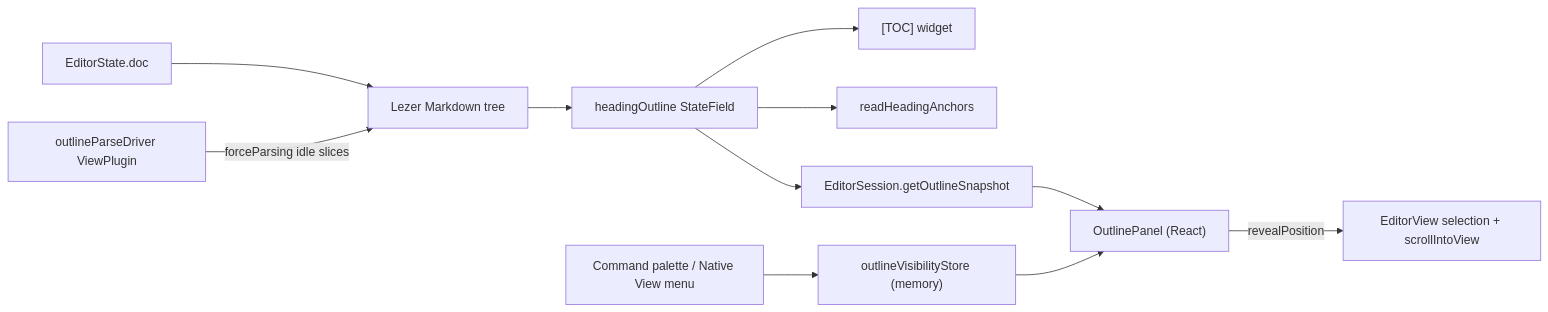
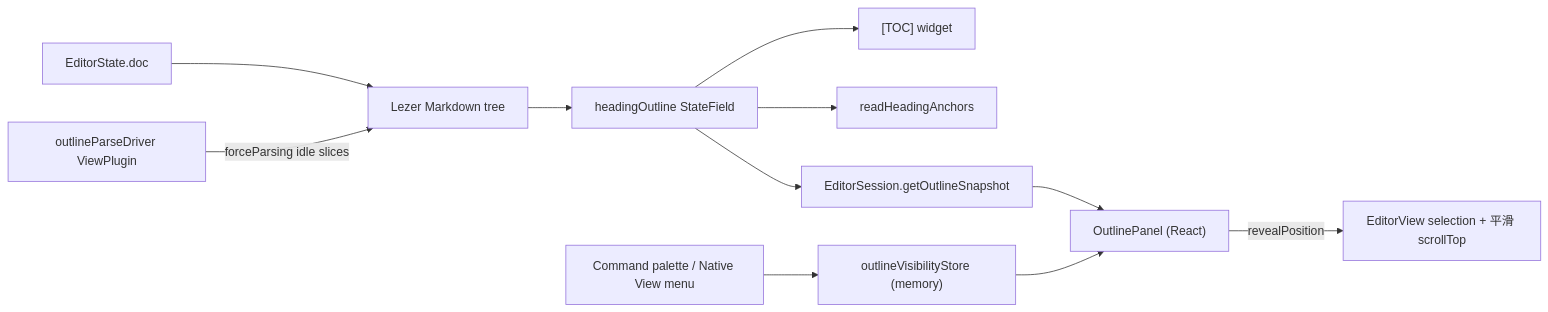
Before and after one commit to wavexzore/Qingmo: the first of 4 diagrams in docs/todo/editor-outline/04-设计方案.md, drawn with Mermaid. The commit also changed other lines of this file and 8 other files, not shown here.

````diff
--- a/docs/todo/editor-outline/04-设计方案.md
+++ b/docs/todo/editor-outline/04-设计方案.md
@@ -121,13 +121,13 @@
 ```mermaid
 flowchart LR
     Doc["EditorState.doc"] --> Parser["Lezer Markdown tree"]
     Parser --> Field["headingOutline StateField"]
     Driver["outlineParseDriver ViewPlugin"] -->|forceParsing idle slices| Parser
     Field --> TOC["[TOC] widget"]
     Field --> Anchors["readHeadingAnchors"]
     Field --> Session["EditorSession.getOutlineSnapshot"]
     Session --> Panel["OutlinePanel (React)"]
-    Panel -->|revealPosition| View["EditorView selection + scrollIntoView"]
+    Panel -->|revealPosition| View["EditorView selection + 平滑 scrollTop"]
     Store["outlineVisibilityStore (memory)"] --> Panel
     Menu["Command palette / Native View menu"] --> Store
 ```
````
